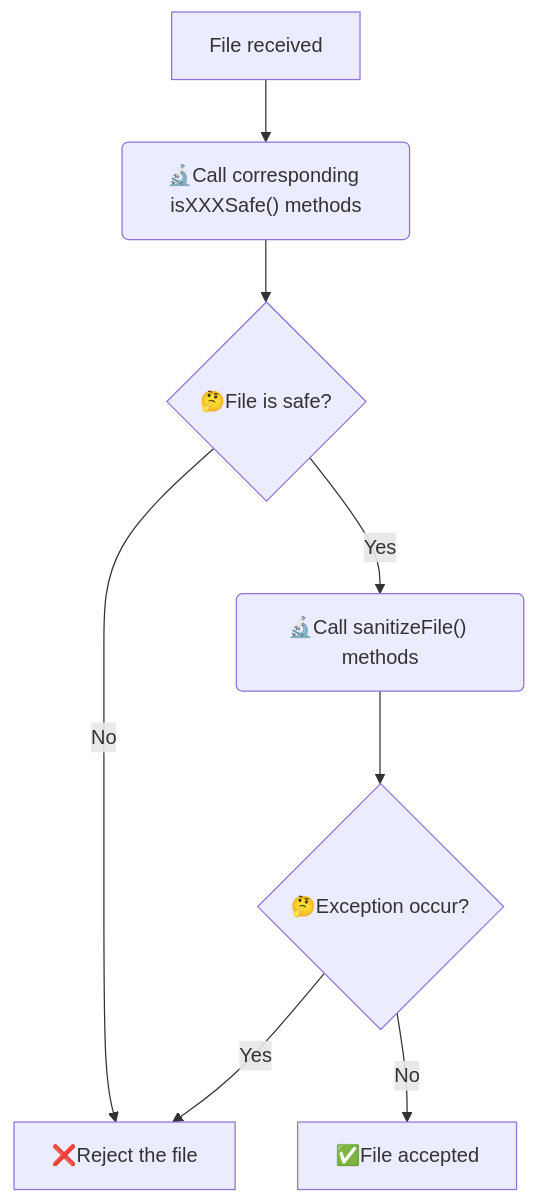
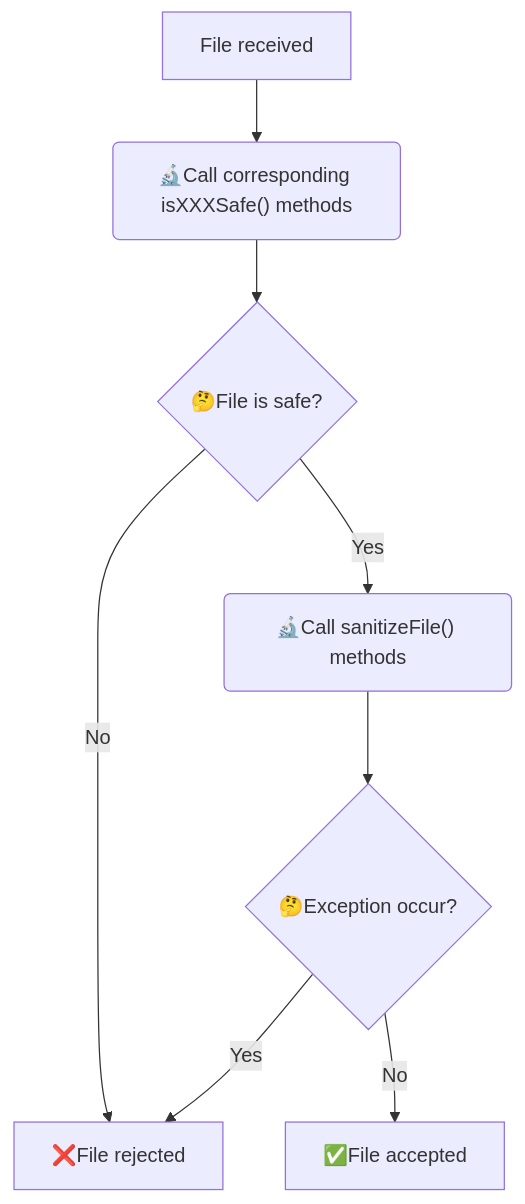
Before and after one commit to righettod/code-snippets-security-utils: the diagram in README.md, drawn with Mermaid.

````diff
--- a/README.md
+++ b/README.md
@@ -30,10 +30,10 @@
 ```mermaid
 flowchart TB
     A[File received] --> B("🔬Call corresponding isXXXSafe() methods")
     B --> C{🤔File is safe?}
-    C -->|No| E[❌Reject the file]
+    C -->|No| E[❌File rejected]
     C -->|Yes| D("🔬Call sanitizeFile() methods")
     D --> F{🤔Exception occur?} 
     F -->|Yes| E
     F -->|No| G[✅File accepted]
 ```
````
